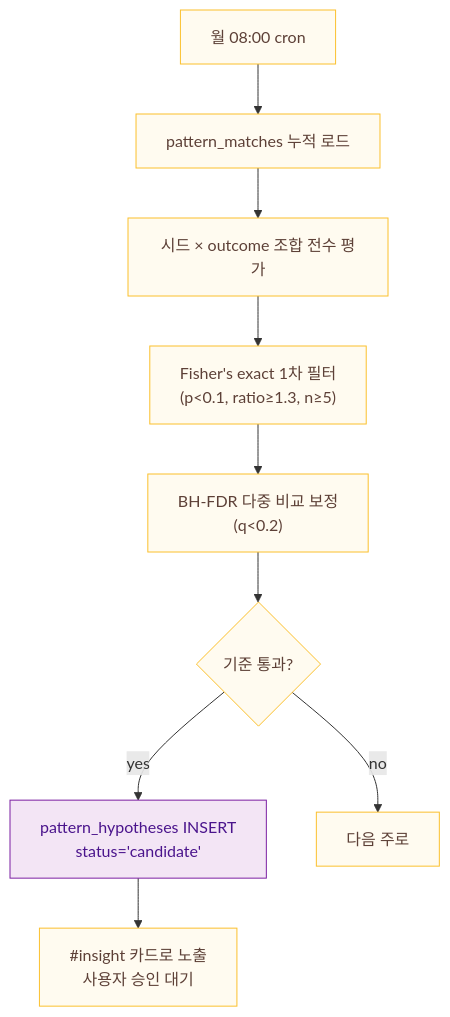
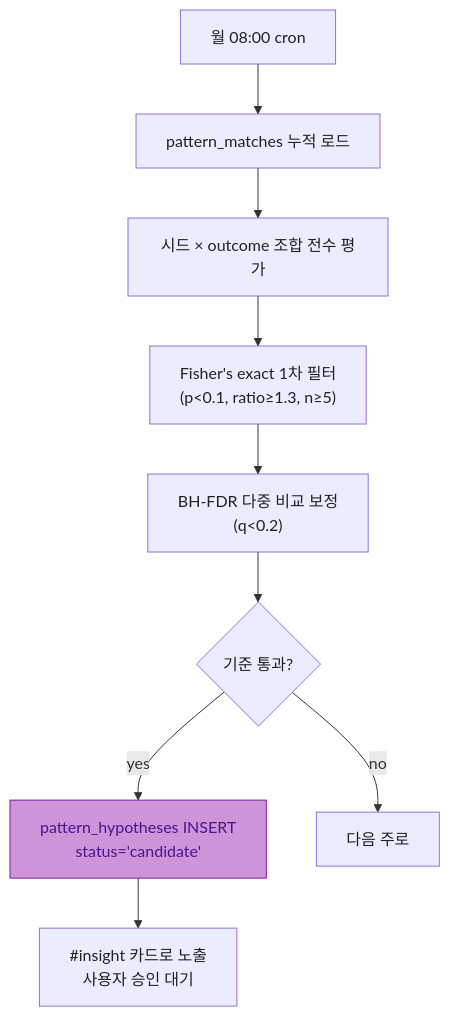
The sixth of 9 diagrams in docs/explainers/insight-v2.md (hyewon3938/slack-ai-agents), drawn with Mermaid before and after one commit. The commit also changed other lines of this file, not shown here.

````diff
--- a/docs/explainers/insight-v2.md
+++ b/docs/explainers/insight-v2.md
@@ -295,16 +296,16 @@
 ```mermaid
 flowchart TD
   A["월 08:00 cron"] --> B["pattern_matches 누적 로드"]
   B --> C["시드 × outcome 조합 전수 평가"]
   C --> D["Fisher's exact 1차 필터<br/>(p<0.1, ratio≥1.3, n≥5)"]
   D --> E["BH-FDR 다중 비교 보정<br/>(q<0.2)"]
   E --> F{"기준 통과?"}
   F -->|yes| G["pattern_hypotheses INSERT<br/>status='candidate'"]
   F -->|no| H["다음 주로"]
   G --> I["#insight 카드로 노출<br/>사용자 승인 대기"]
 
-  classDef flowNode fill:#fffbf0,stroke:#fbc02d,color:#5d4037
-  classDef hypothesisNode fill:#f3e5f5,stroke:#7b1fa2,color:#4a148c
-  class A,B,C,D,E,F,H,I flowNode
+  classDef flowBox fill:#ECECFF,stroke:#9370DB,color:#212121
+  classDef hypothesisNode fill:#CE93D8,stroke:#7b1fa2,color:#4a148c
+  class A,B,C,D,E,F,H,I flowBox
   class G hypothesisNode
 ```
````
